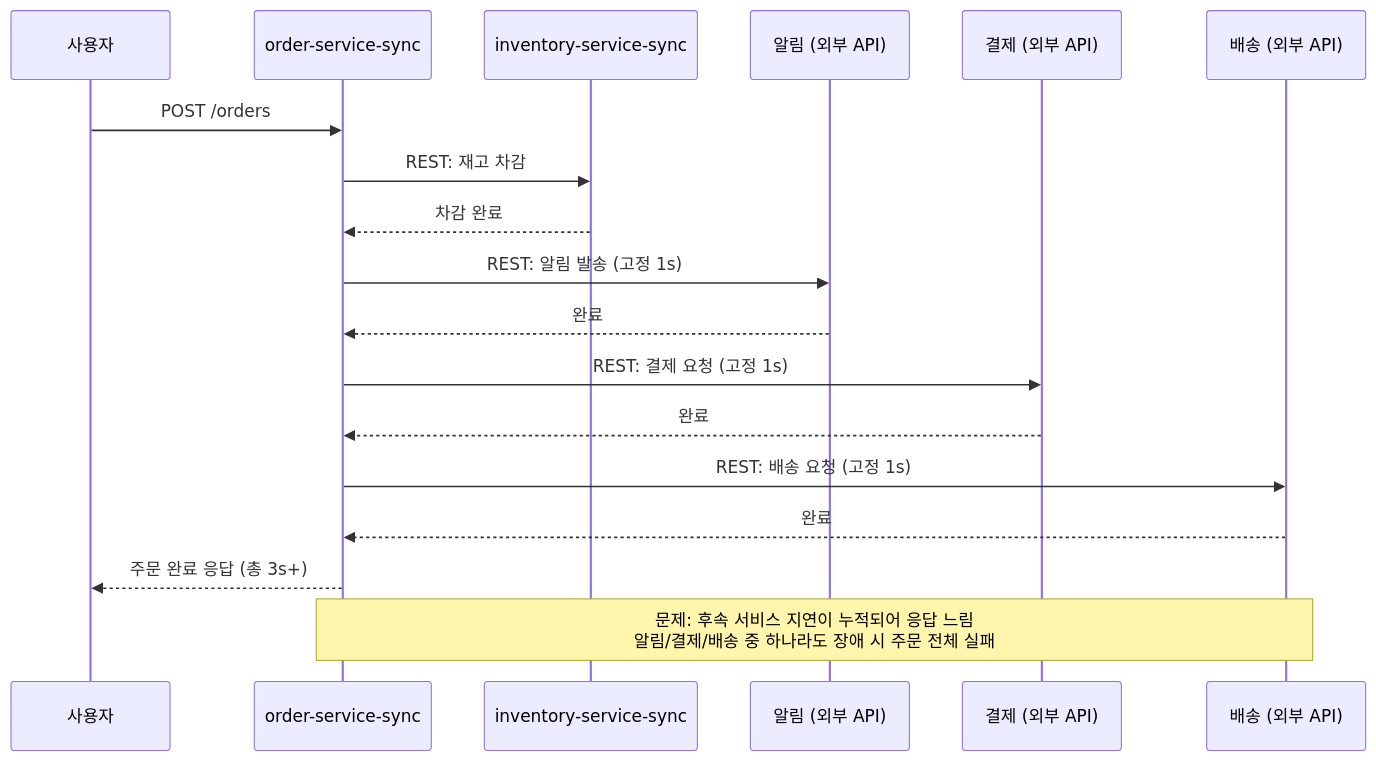
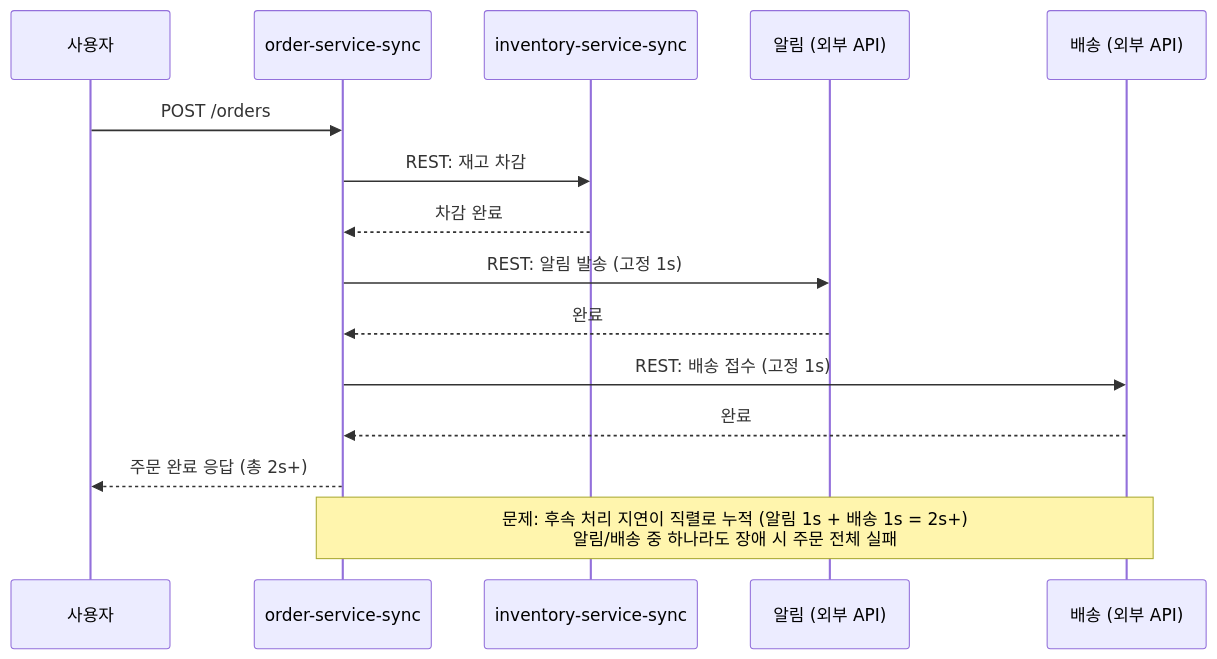
The second of 5 diagrams in docs/how-diagram.md (JuJin1324/eda-poc), drawn with Mermaid before and after one commit. The commit also changed other lines of this file, not shown here.

First line of the commit message:
refactor: redesign async flow as fan-out pattern

````diff
--- a/docs/how-diagram.md
+++ b/docs/how-diagram.md
@@ -54,22 +57,19 @@
 ```mermaid
 sequenceDiagram
     participant User as 사용자
     participant OS as order-service-sync
     participant IS as inventory-service-sync
     participant Noti as 알림 (외부 API)
-    participant Pay as 결제 (외부 API)
     participant Ship as 배송 (외부 API)
 
     User->>OS: POST /orders
     OS->>IS: REST: 재고 차감
     IS-->>OS: 차감 완료
     OS->>Noti: REST: 알림 발송 (고정 1s)
     Noti-->>OS: 완료
-    OS->>Pay: REST: 결제 요청 (고정 1s)
-    Pay-->>OS: 완료
-    OS->>Ship: REST: 배송 요청 (고정 1s)
+    OS->>Ship: REST: 배송 접수 (고정 1s)
     Ship-->>OS: 완료
-    OS-->>User: 주문 완료 응답 (총 3s+)
+    OS-->>User: 주문 완료 응답 (총 2s+)
 
-    Note over OS,Ship: 문제: 후속 서비스 지연이 누적되어 응답 느림<br/>알림/결제/배송 중 하나라도 장애 시 주문 전체 실패
+    Note over OS,Ship: 문제: 후속 처리 지연이 직렬로 누적 (알림 1s + 배송 1s = 2s+)<br/>알림/배송 중 하나라도 장애 시 주문 전체 실패
 ```
````
